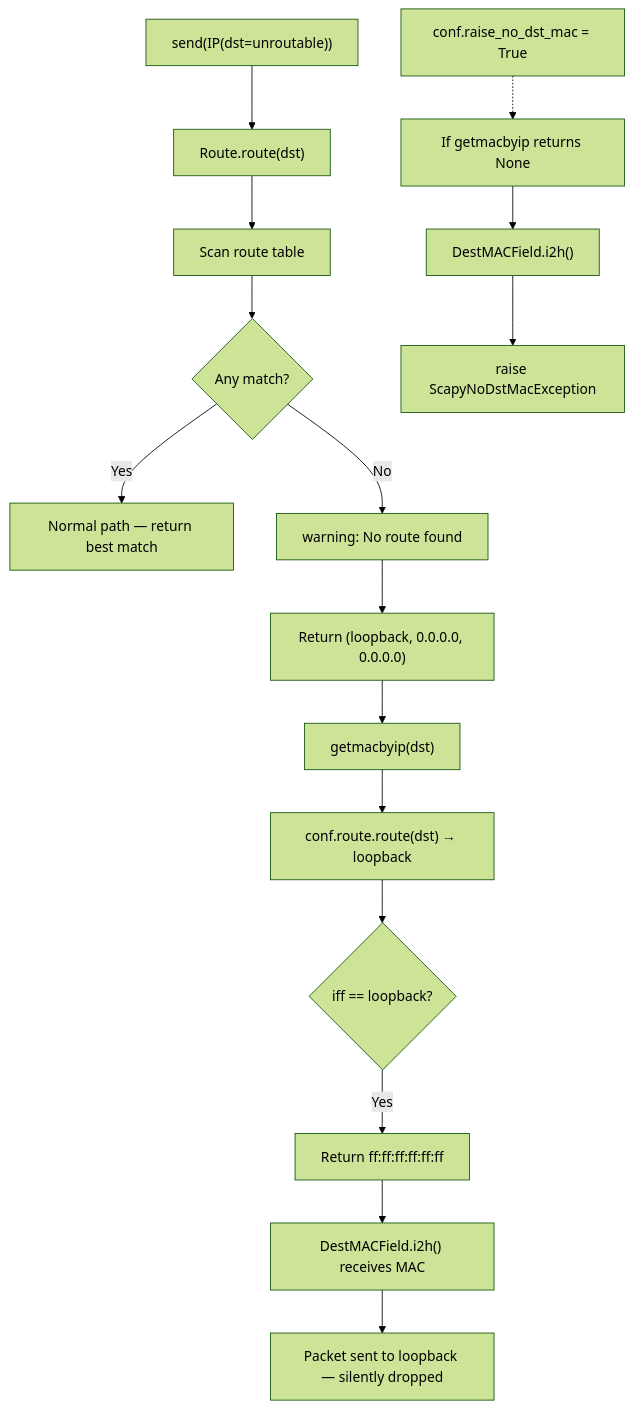
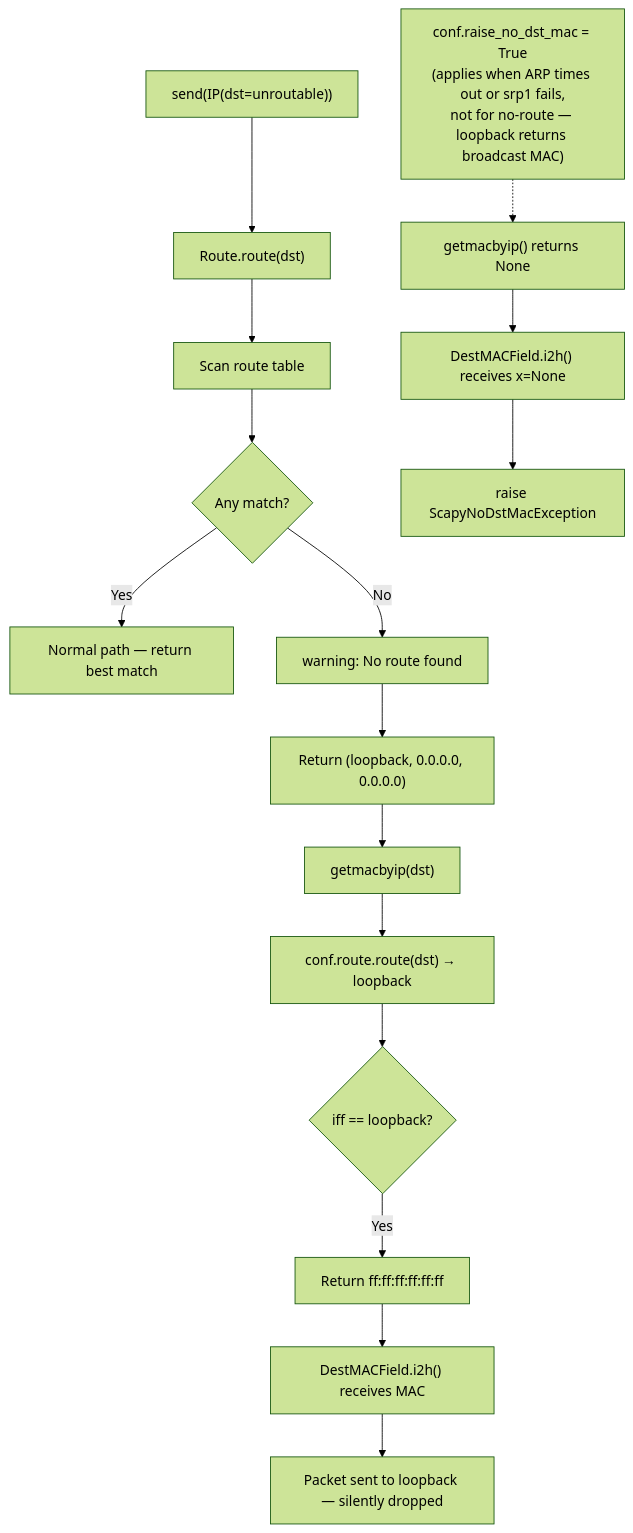
The fourth of 4 diagrams in blitzy/documentation/scapy_0925ada48540.md (blitzy-research/scapy), drawn with Mermaid (forest theme) before and after one commit. The commit also changed other lines of this file, not shown here.

````diff
--- a/blitzy/documentation/scapy_0925ada48540.md
+++ b/blitzy/documentation/scapy_0925ada48540.md
@@ -913,19 +935,21 @@
 ```mermaid
 flowchart TD
     A["send(IP(dst=unroutable))"] --> B["Route.route(dst)"]
     B --> C["Scan route table"]
     C --> D{Any match?}
     D -- Yes --> E["Normal path — return best match"]
     D -- No --> F["warning: No route found"]
     F --> G["Return (loopback, 0.0.0.0, 0.0.0.0)"]
     G --> H["getmacbyip(dst)"]
     H --> I["conf.route.route(dst) → loopback"]
     I --> J{iff == loopback?}
     J -- Yes --> K["Return ff:ff:ff:ff:ff:ff"]
     K --> L["DestMACField.i2h() receives MAC"]
     L --> M["Packet sent to loopback — silently dropped"]
 
-    B2["conf.raise_no_dst_mac = True"] -.-> N["If getmacbyip returns None"]
-    N --> O["DestMACField.i2h()"]
+    B2["conf.raise_no_dst_mac = True
+(applies when ARP times out or srp1 fails,
+not for no-route — loopback returns broadcast MAC)"] -.-> N["getmacbyip() returns None"]
+    N --> O["DestMACField.i2h() receives x=None"]
     O --> P["raise ScapyNoDstMacException"]
 ```
````
